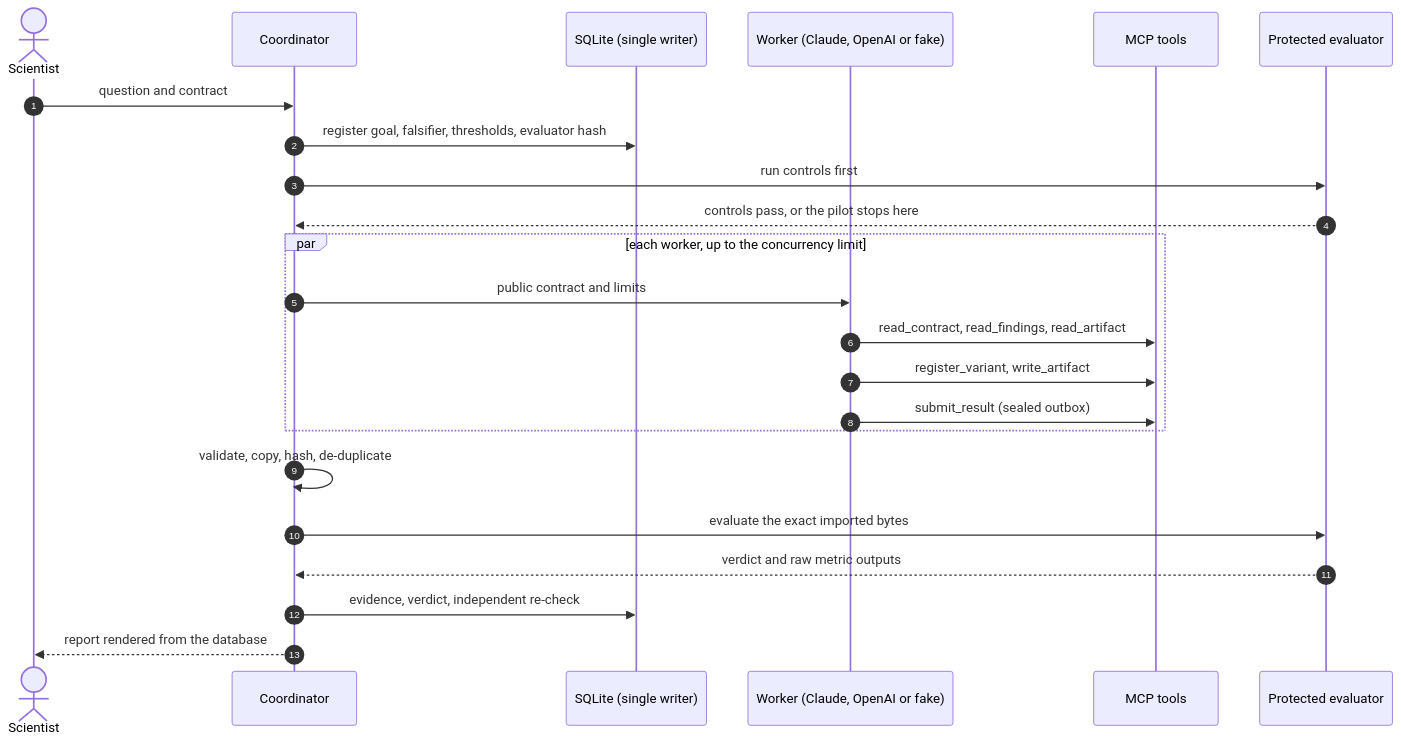
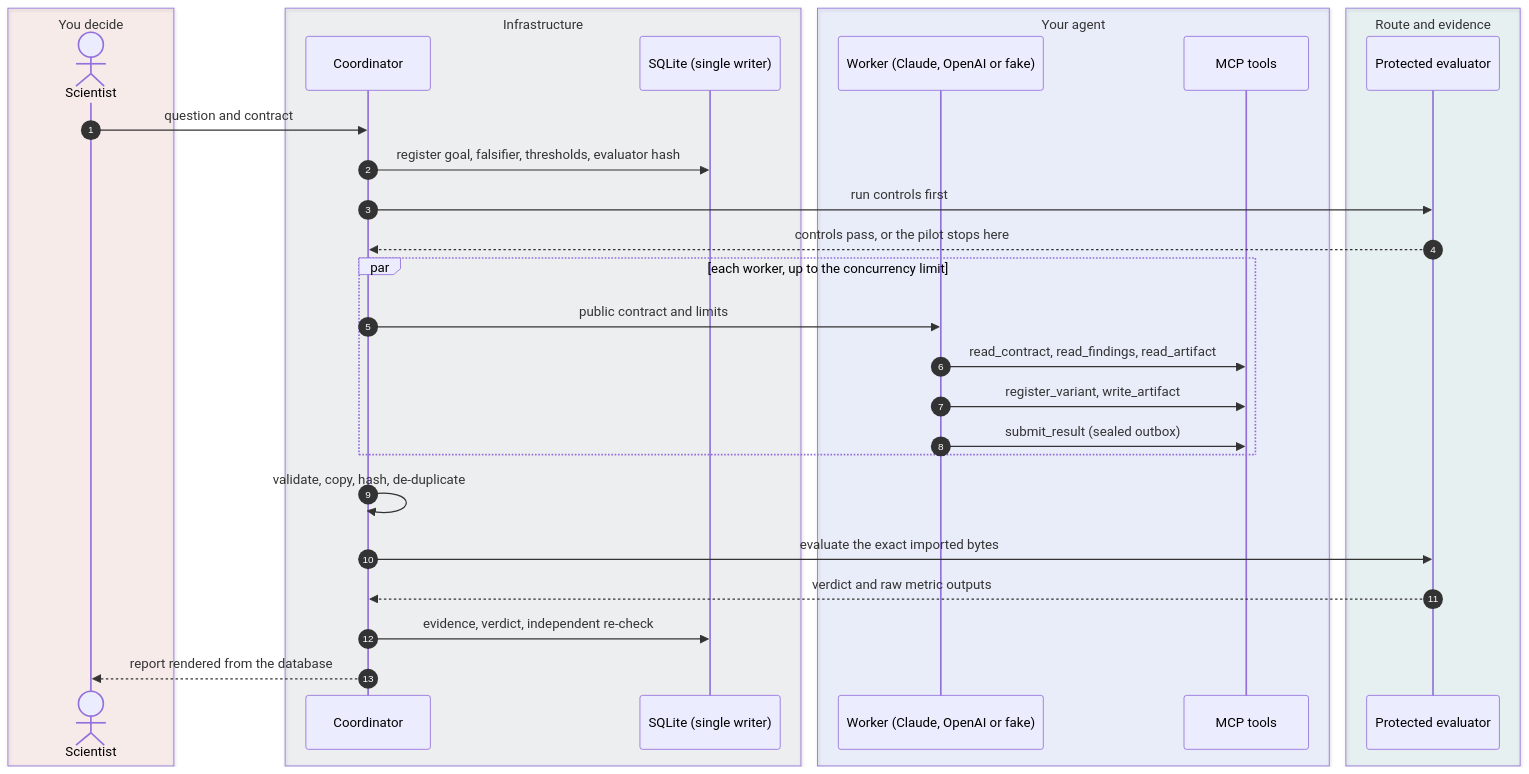
Before and after one commit to FabianJun/open-research-loops: the first of 3 diagrams in README.md, drawn with Mermaid. The commit also changed other lines of this file and 7 other files, not shown here.

````diff
--- a/README.md
+++ b/README.md
@@ -179,25 +179,33 @@
 ```mermaid
 sequenceDiagram
     autonumber
-    actor S as Scientist
-    participant C as Coordinator
-    participant DB as SQLite (single writer)
-    participant W as Worker (Claude, OpenAI or fake)
-    participant T as MCP tools
-    participant E as Protected evaluator
+    box rgba(196,67,43,0.08) You decide
+        actor S as Scientist
+    end
+    box rgba(89,99,110,0.08) Infrastructure
+        participant C as Coordinator
+        participant DB as SQLite (single writer)
+    end
+    box rgba(47,91,234,0.08) Your agent
+        participant W as Worker (Claude, OpenAI or fake)
+        participant T as MCP tools
+    end
+    box rgba(14,124,123,0.08) Route and evidence
+        participant E as Protected evaluator
+    end
     S->>C: question and contract
     C->>DB: register goal, falsifier, thresholds, evaluator hash
     C->>E: run controls first
     E-->>C: controls pass, or the pilot stops here
     par each worker, up to the concurrency limit
         C->>W: public contract and limits
         W->>T: read_contract, read_findings, read_artifact
         W->>T: register_variant, write_artifact
         W->>T: submit_result (sealed outbox)
     end
     C->>C: validate, copy, hash, de-duplicate
     C->>E: evaluate the exact imported bytes
     E-->>C: verdict and raw metric outputs
     C->>DB: evidence, verdict, independent re-check
     C-->>S: report rendered from the database
 ```
````
